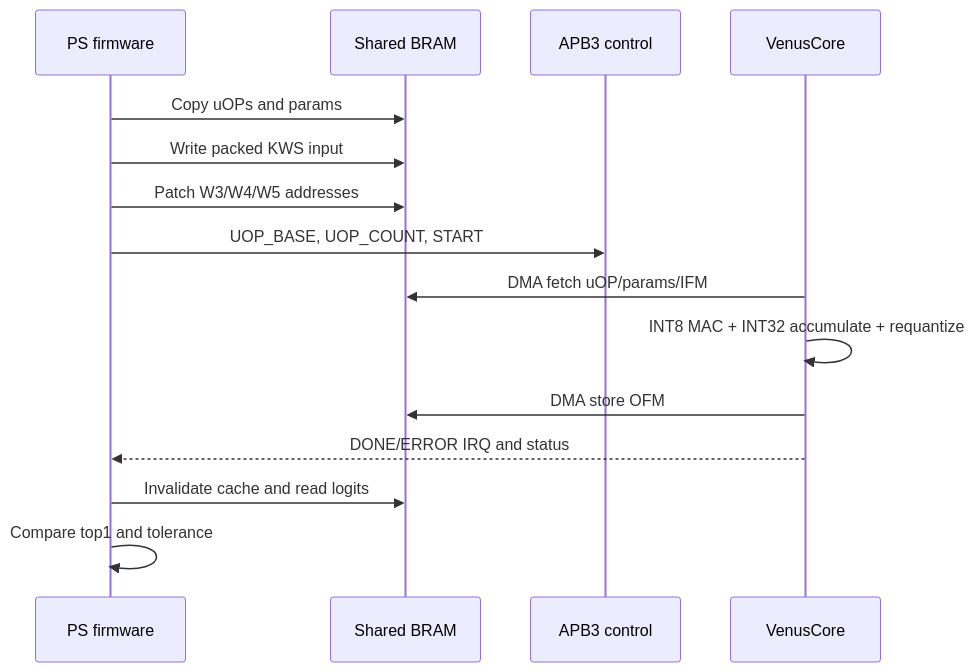
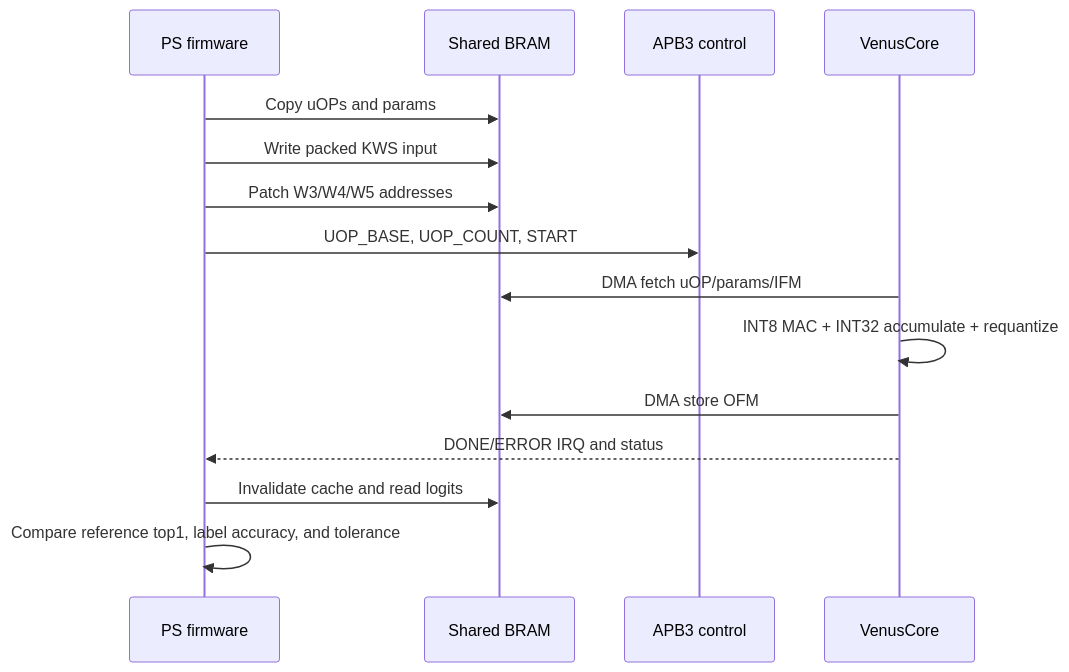
The diagram in docs/architecture.md (XuZhanhe-Chi/TinyML_NPU), drawn with Mermaid before and after one commit. The commit also changed 16 other files, not shown here.

````diff
--- a/docs/architecture.md
+++ b/docs/architecture.md
@@ -18,17 +18,17 @@
 ```mermaid
 sequenceDiagram
     participant FW as PS firmware
     participant BRAM as Shared BRAM
     participant CTRL as APB3 control
     participant NPU as VenusCore
     FW->>BRAM: Copy uOPs and params
     FW->>BRAM: Write packed KWS input
     FW->>BRAM: Patch W3/W4/W5 addresses
     FW->>CTRL: UOP_BASE, UOP_COUNT, START
     NPU->>BRAM: DMA fetch uOP/params/IFM
     NPU->>NPU: INT8 MAC + INT32 accumulate + requantize
     NPU->>BRAM: DMA store OFM
     NPU-->>FW: DONE/ERROR IRQ and status
     FW->>BRAM: Invalidate cache and read logits
-    FW->>FW: Compare top1 and tolerance
+    FW->>FW: Compare reference top1, label accuracy, and tolerance
 ```
````
